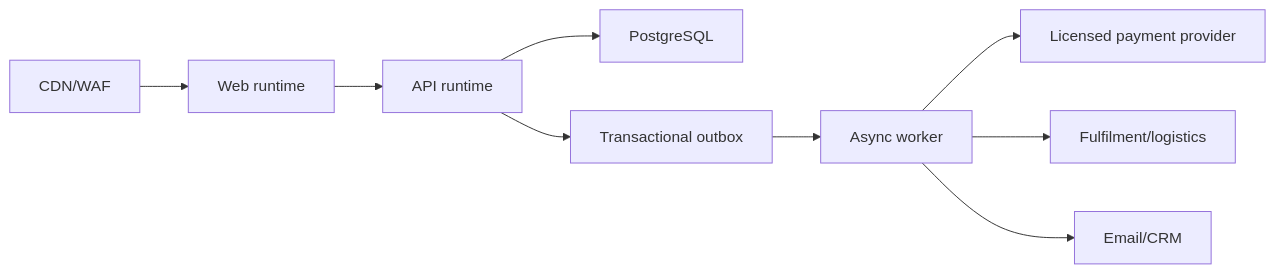
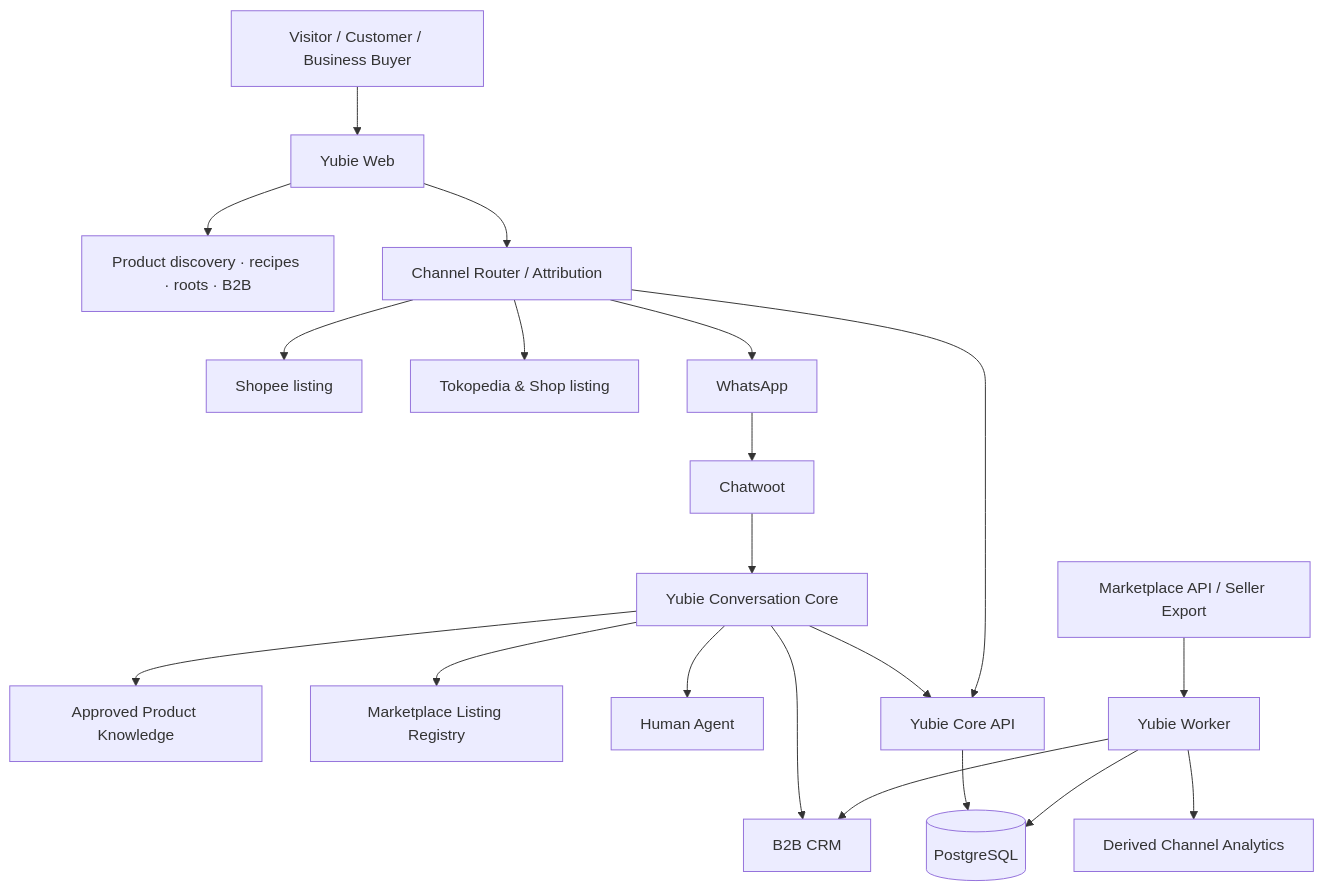
The diagram in docs/ARCHITECTURE.md (yubiefood-id/yubie-platform), drawn with Mermaid before and after one commit. The commit also changed other lines of this file and 12 other files, not shown here.

Commit message:
docs: adopt marketplace and WhatsApp first architecture

````diff
--- a/docs/ARCHITECTURE.md
+++ b/docs/ARCHITECTURE.md
@@ -43,11 +22,22 @@
-```mermaid
-flowchart LR
-  Edge["CDN/WAF"] --> Web["Web runtime"]
-  Web --> API["API runtime"]
-  API --> DB["PostgreSQL"]
-  API --> Outbox["Transactional outbox"]
-  Outbox --> Worker["Async worker"]
-  Worker --> Pay["Licensed payment provider"]
-  Worker --> Ship["Fulfilment/logistics"]
-  Worker --> Msg["Email/CRM"]
-```
+~~~mermaid
+flowchart TB
+  Visitor["Visitor / Customer / Business Buyer"] --> Web["Yubie Web"]
+  Web --> Content["Product discovery · recipes · roots · B2B"]
+  Web --> Router["Channel Router / Attribution"]
+  Router --> Shopee["Shopee listing"]
+  Router --> Toko["Tokopedia & Shop listing"]
+  Router --> WA["WhatsApp"]
+  WA --> CW["Chatwoot"]
+  CW --> Bot["Yubie Conversation Core"]
+  Bot --> Knowledge["Approved Product Knowledge"]
+  Bot --> Listing["Marketplace Listing Registry"]
+  Bot --> CRM["B2B CRM"]
+  Bot --> Human["Human Agent"]
+  API["Yubie Core API"] --> DB[("PostgreSQL")]
+  Worker["Yubie Worker"] --> DB
+  Bot --> API
+  Router --> API
+  Worker --> CRM
+  Marketplace["Marketplace API / Seller Export"] --> Worker
+  Worker --> Analytics["Derived Channel Analytics"]
+~~~
````
